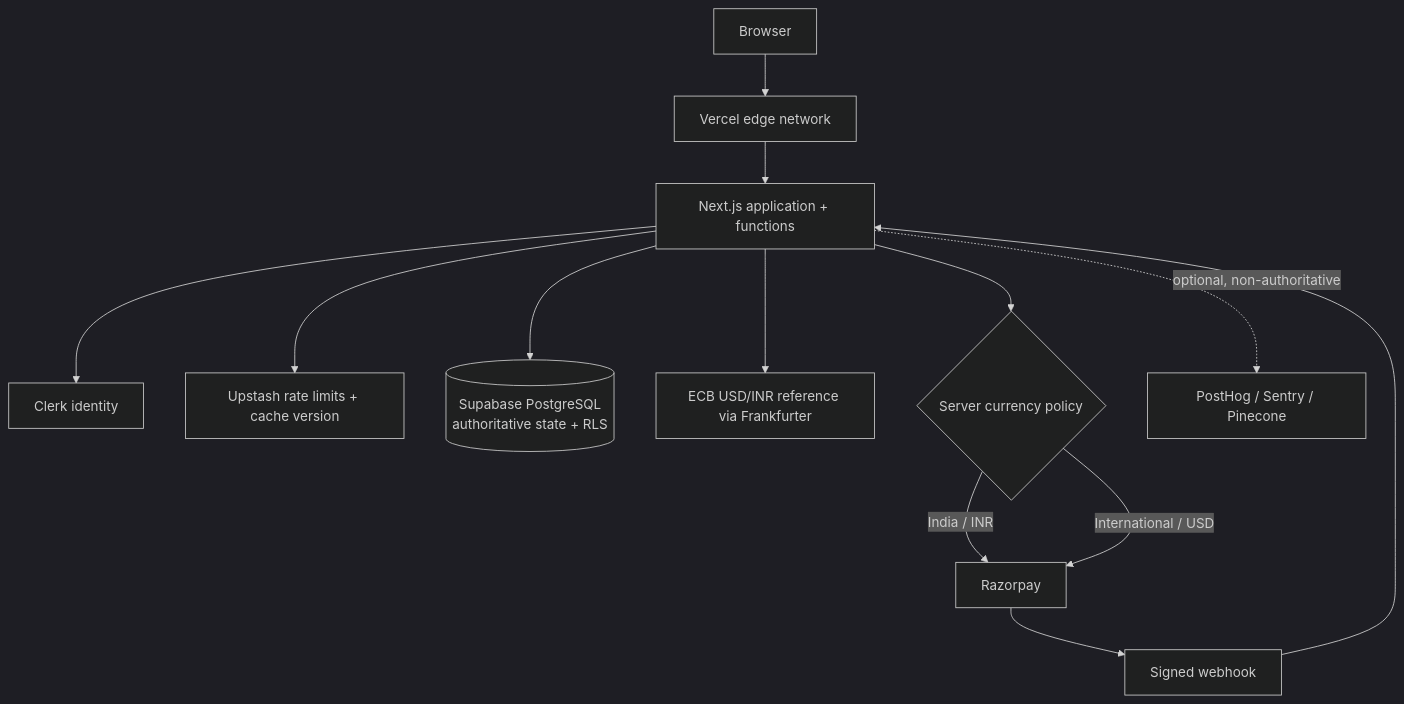
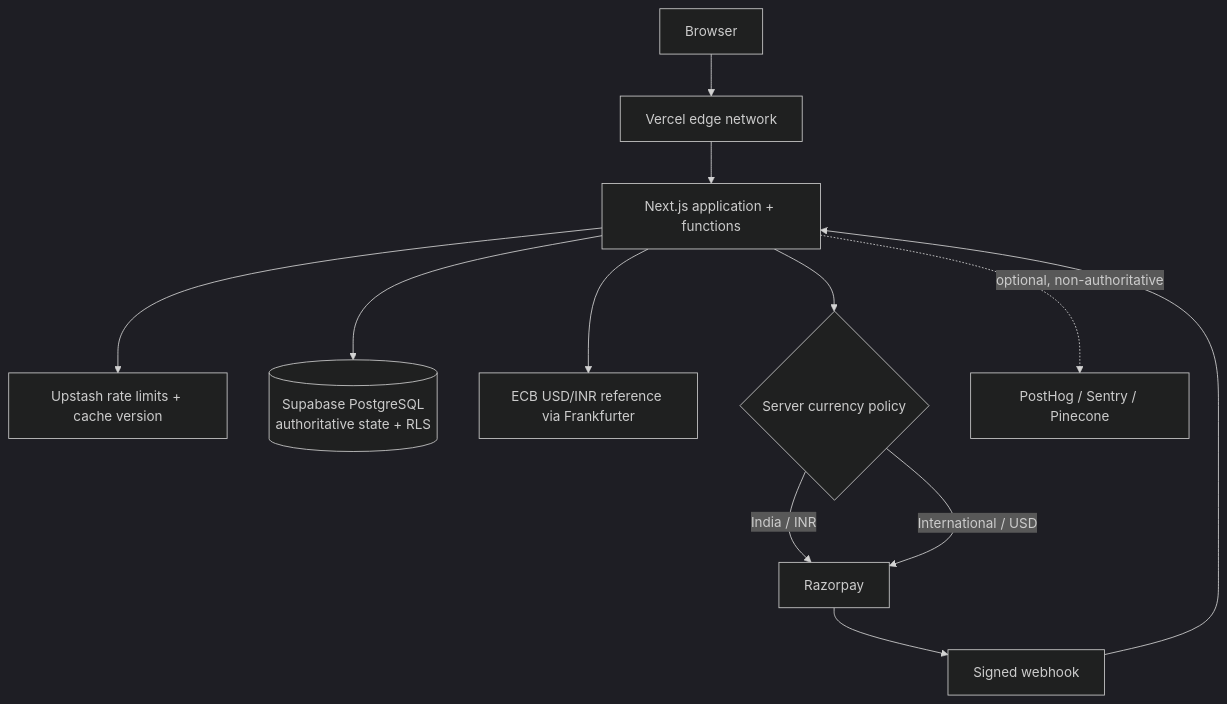
One commit to anbv29/myday changed the diagram in README.md. Above: the diagram before and after it, drawn with Mermaid (dark theme). The commit also changed other lines of this file and 66 other files, not shown here.

````diff
--- a/README.md
+++ b/README.md
@@ -18,15 +18,14 @@
 ```mermaid
 flowchart TD
   U[Browser] --> C[Vercel edge network]
   C --> N[Next.js application + functions]
-  N --> K[Clerk identity]
   N --> R[Upstash rate limits + cache version]
   N --> S[(Supabase PostgreSQL\nauthoritative state + RLS)]
   N --> F[ECB USD/INR reference via Frankfurter]
   N --> P{Server currency policy}
   P -->|India / INR| Z[Razorpay]
   P -->|International / USD| Z
   Z --> W[Signed webhook]
   W --> N
   N -. optional, non-authoritative .-> O[PostHog / Sentry / Pinecone]
 ```
````
